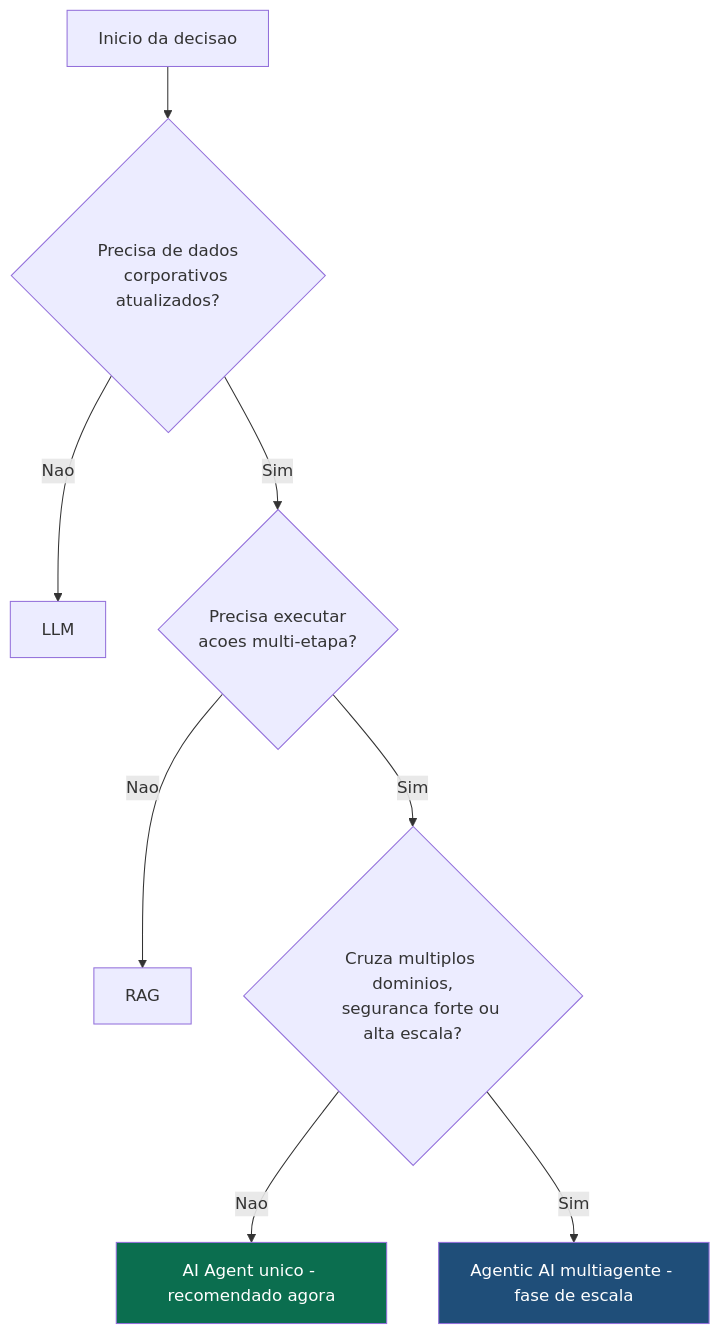
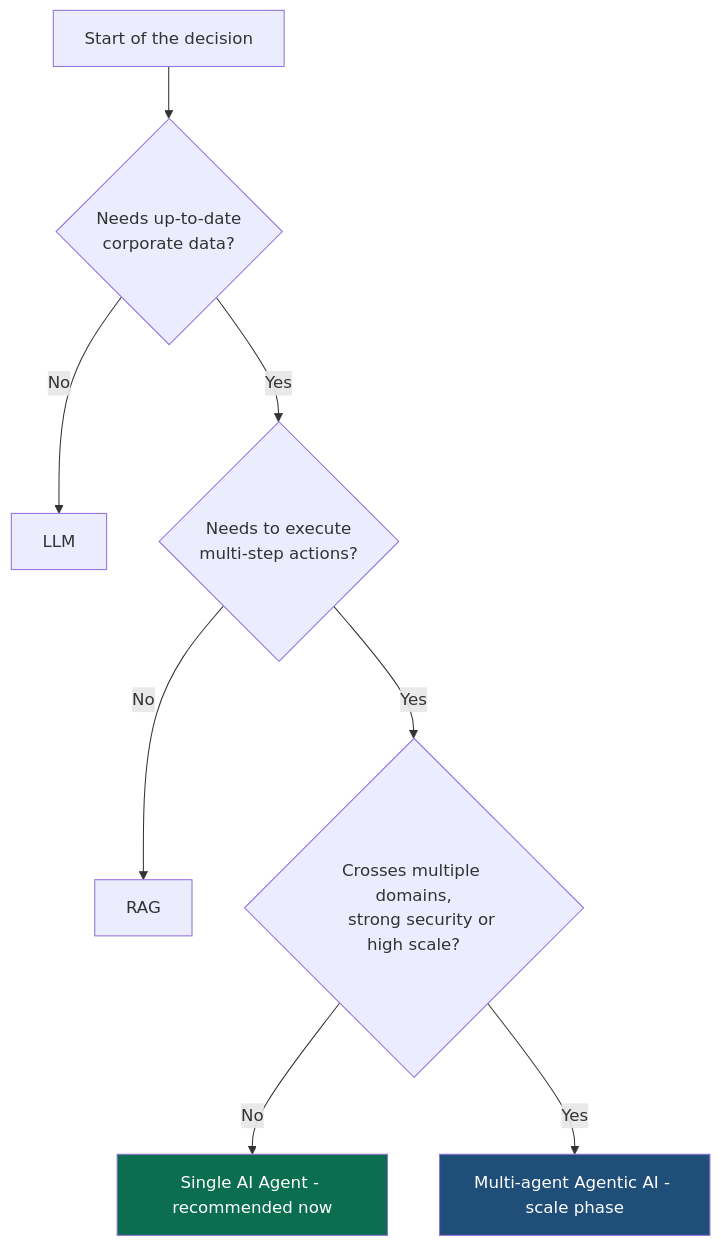
One commit to fabioharams/hubsp-ai-skill changed the second of 9 diagrams in doc/resultado.md. Above: the diagram before and after it, drawn with Mermaid. The commit also changed other lines of this file and 21 other files, not shown here.

````diff
--- a/doc/resultado.md
+++ b/doc/resultado.md
@@ -46,16 +46,16 @@
 ```mermaid
 flowchart TD
-    A[Inicio da decisao] --> B{Precisa de dados
-    corporativos atualizados?}
-    B -- Nao --> C[LLM]
-    B -- Sim --> D{Precisa executar
-    acoes multi-etapa?}
-    D -- Nao --> E[RAG]
-    D -- Sim --> F{Cruza multiplos dominios,
-    seguranca forte ou alta escala?}
-    F -- Nao --> G[AI Agent unico - recomendado agora]
-    F -- Sim --> H[Agentic AI multiagente - fase de escala]
+    A[Start of the decision] --> B{Needs up-to-date
+    corporate data?}
+    B -- No --> C[LLM]
+    B -- Yes --> D{Needs to execute
+    multi-step actions?}
+    D -- No --> E[RAG]
+    D -- Yes --> F{Crosses multiple domains,
+    strong security or high scale?}
+    F -- No --> G[Single AI Agent - recommended now]
+    F -- Yes --> H[Multi-agent Agentic AI - scale phase]
 
     style G fill:#0B6E4F,color:#fff
     style H fill:#1F4E79,color:#fff
 ```
````
